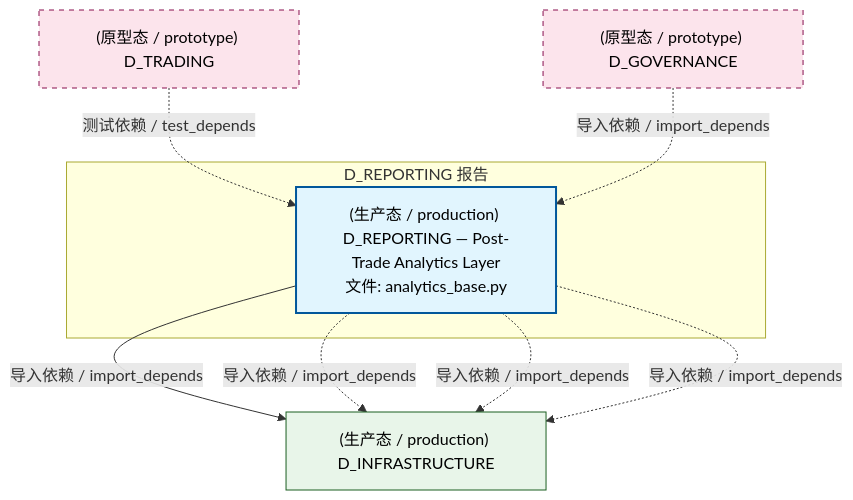
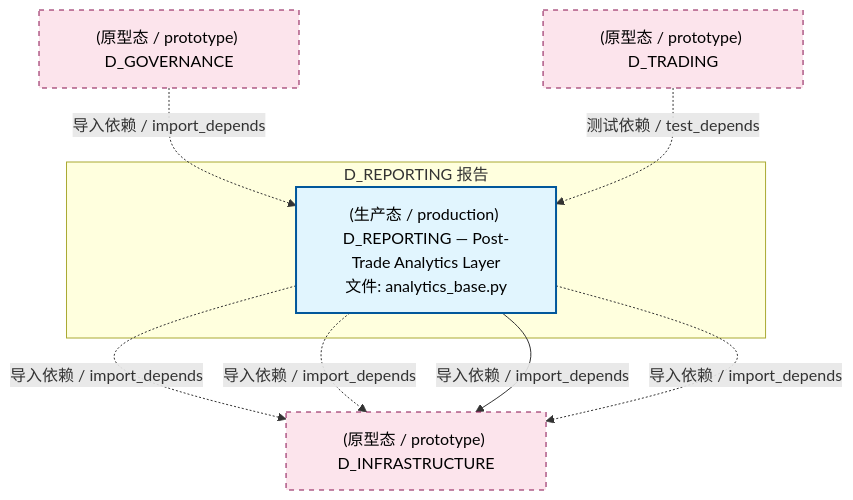
One commit to xuanFelixVan/ZephyrAlpha changed the second of 4 diagrams in docs/02_enterprise_architecture/02_domain_architecture_docs/23_d_reporting.md. Above: the diagram before and after it, drawn with Mermaid. The commit also changed other lines of this file and 126 other files, not shown here.

````diff
--- a/docs/02_enterprise_architecture/02_domain_architecture_docs/23_d_reporting.md
+++ b/docs/02_enterprise_architecture/02_domain_architecture_docs/23_d_reporting.md
@@ -121,22 +121,21 @@
 ```mermaid
 graph TD
     subgraph D_REPORTING["D_REPORTING 报告"]
         src_zephyr_reporting_analytics_base_py["(生产态 / production) D_REPORTING — Post-Trade Analytics Layer<br/>文件: analytics_base.py"]
     end
-    D_INFRASTRUCTURE["(生产态 / production) D_INFRASTRUCTURE"]
+    D_INFRASTRUCTURE["(原型态 / prototype) D_INFRASTRUCTURE"]
+    src_zephyr_reporting_analytics_base_py -.->|导入依赖 / import_depends| D_INFRASTRUCTURE
+    src_zephyr_reporting_analytics_base_py -.->|导入依赖 / import_depends| D_INFRASTRUCTURE
     src_zephyr_reporting_analytics_base_py -->|导入依赖 / import_depends| D_INFRASTRUCTURE
     src_zephyr_reporting_analytics_base_py -.->|导入依赖 / import_depends| D_INFRASTRUCTURE
-    src_zephyr_reporting_analytics_base_py -.->|导入依赖 / import_depends| D_INFRASTRUCTURE
-    src_zephyr_reporting_analytics_base_py -.->|导入依赖 / import_depends| D_INFRASTRUCTURE
+    D_GOVERNANCE["(原型态 / prototype) D_GOVERNANCE"]
+    D_GOVERNANCE -.->|导入依赖 / import_depends| src_zephyr_reporting_analytics_base_py
     D_TRADING["(原型态 / prototype) D_TRADING"]
     D_TRADING -.->|测试依赖 / test_depends| src_zephyr_reporting_analytics_base_py
-    D_GOVERNANCE["(原型态 / prototype) D_GOVERNANCE"]
-    D_GOVERNANCE -.->|导入依赖 / import_depends| src_zephyr_reporting_analytics_base_py
     classDef production fill:#e1f5fe,stroke:#01579b,stroke-width:2px,color:#000
     classDef design fill:#fff3e0,stroke:#e65100,stroke-width:2px,color:#000,stroke-dasharray: 5 5
     classDef external_prod fill:#e8f5e9,stroke:#1b5e20,stroke-width:1px,color:#000
     classDef external_design fill:#fce4ec,stroke:#880e4f,stroke-width:1px,color:#000,stroke-dasharray: 5 5
     class src_zephyr_reporting_analytics_base_py production
-    class D_INFRASTRUCTURE external_prod
-    class D_TRADING,D_GOVERNANCE external_design
+    class D_INFRASTRUCTURE,D_GOVERNANCE,D_TRADING external_design
 ```
````
